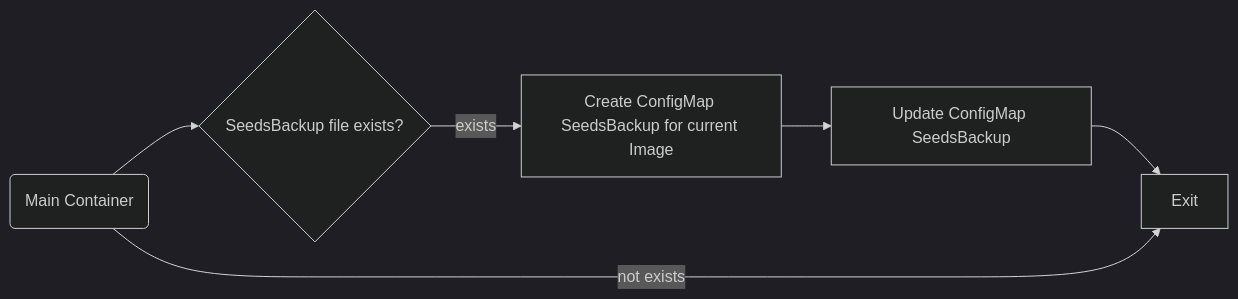
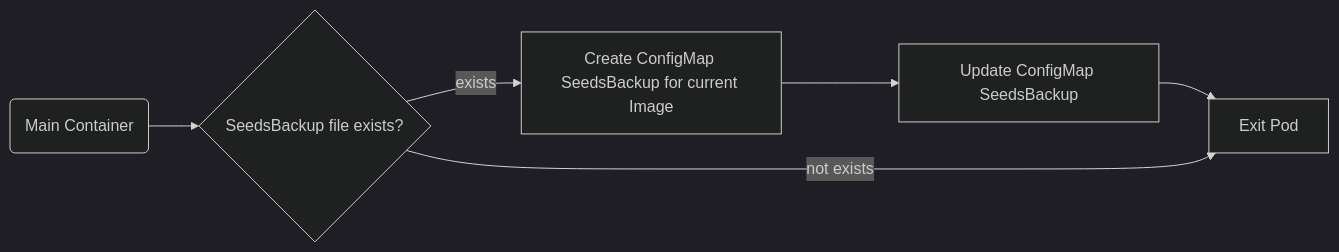
One commit to PharmaLedger-IMI/helmchart-ethadapter changed the sixth of 6 diagrams in charts/epi/README.md. Above: the diagram before and after it, drawn with Mermaid (dark theme). The commit also changed other lines of this file and 2 other files, not shown here.

````diff
--- a/charts/epi/README.md
+++ b/charts/epi/README.md
@@ -81,8 +106,8 @@
 ```mermaid
 flowchart LR
 L(Main Container) --> M{SeedsBackup file exists?}
 M -->|exists| N[Create ConfigMap SeedsBackup for current Image]
 N --> O[Update ConfigMap SeedsBackup]
 O --> P
-L -->|not exists| P[Exit]
+M -->|not exists| P[Exit Pod]
 ```
````
